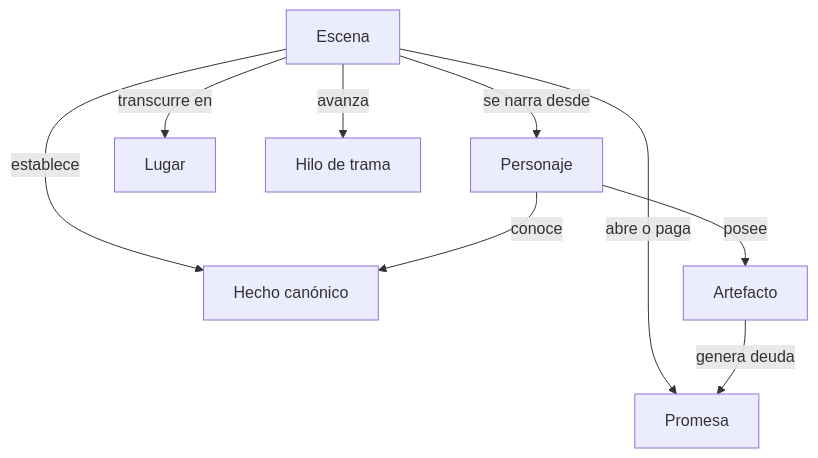
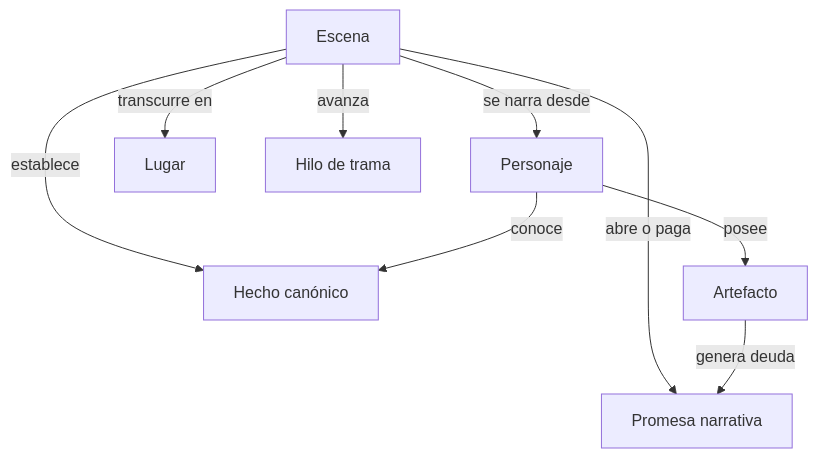
Before and after one commit to BrunoCrz3/MyStory: the eighth of 20 diagrams in docs/domain-knowledge.md, drawn with Mermaid. The commit also changed other lines of this file and 1 other file, not shown here.

````diff
--- a/docs/domain-knowledge.md
+++ b/docs/domain-knowledge.md
@@ -135,18 +137,18 @@
 ```mermaid
 flowchart TD
   ESC[Escena]
   PJ[Personaje]
   LU[Lugar]
   HI[Hilo de trama]
   HC[Hecho canónico]
-  PR[Promesa]
+  PR[Promesa narrativa]
   AT[Artefacto]
   ESC -->|se narra desde| PJ
   ESC -->|transcurre en| LU
   ESC -->|avanza| HI
   ESC -->|establece| HC
   ESC -->|abre o paga| PR
   PJ -->|conoce| HC
   PJ -->|posee| AT
   AT -->|genera deuda| PR
 ```
````
